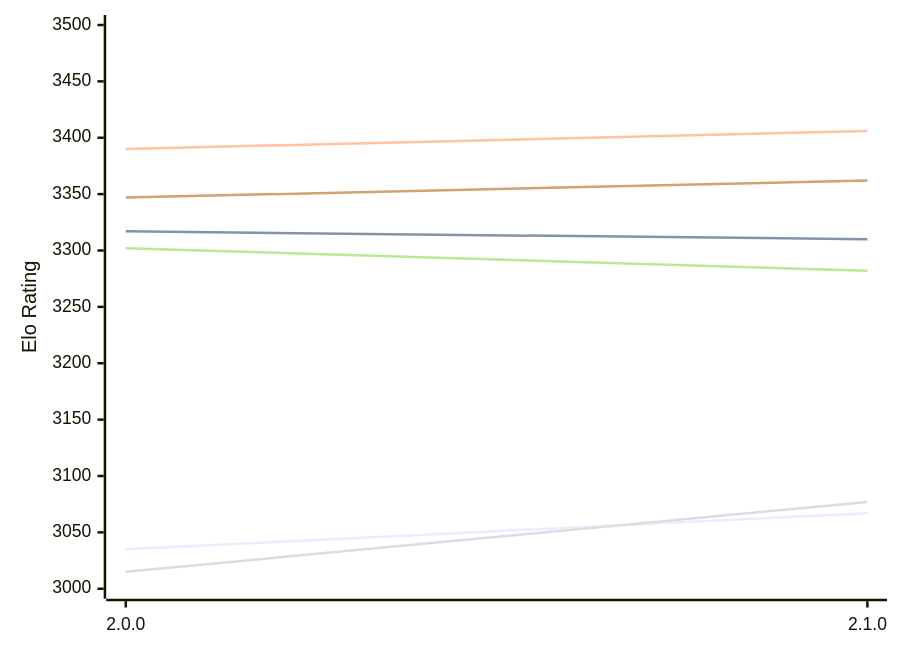
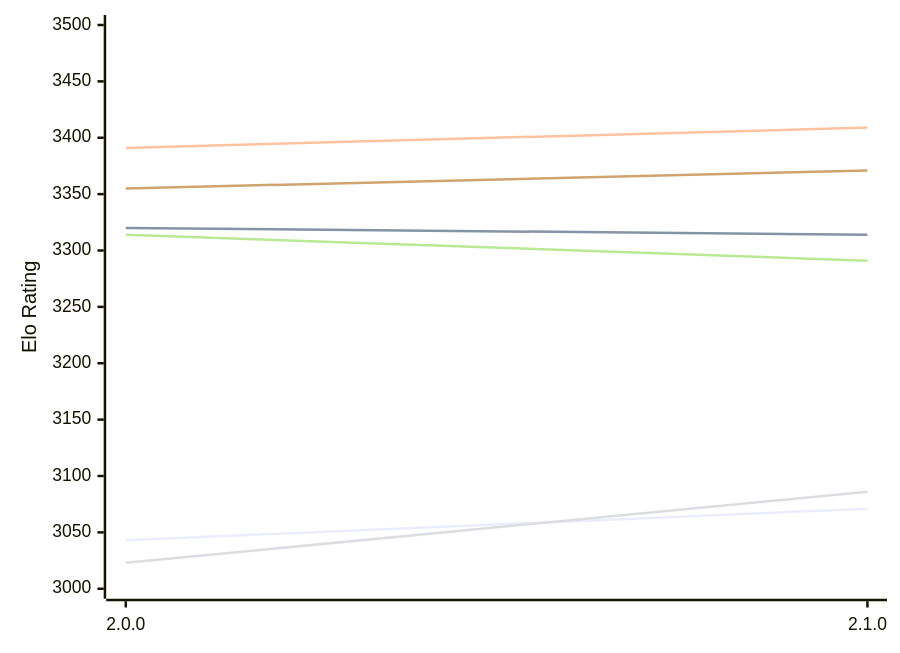
The diagram in engines/Sapling.md (computer-chess-index/cci), drawn with Mermaid before and after one commit. The commit also changed other lines of this file, not shown here.

Commit message:
Update CCI Ratings (ELO VLTC) - 2026-11-25

````diff
--- a/engines/Sapling.md
+++ b/engines/Sapling.md
@@ -49,12 +49,12 @@
 ```mermaid
 %%{init: {"theme":"base","themeVariables":{"seriesColors:['#a3a3a3','#222221','#faa371']}}}%%
 xychart-beta
   x-axis ["2.0.0", "2.1.0"]
   y-axis "Elo Rating" 3000 --> 3500
-  line "E1: STC (8.0+0.08s)" [3035, 3067]
-  line "E1: LTC (60.0+0.60s)" [3317, 3310]
-  line "E1: VLTC (2m24s+1.12s)" [3390, 3406]
-  line "P1: STC (8.0+0.08s)" [3015, 3077]
-  line "P1: LTC (60.0+0.60s)" [3302, 3282]
-  line "P1: VLTC (2m24s+1.12s)" [3347, 3362]
+  line "E1: STC (8.0+0.08s)" [3043, 3071]
+  line "E1: LTC (60.0+0.60s)" [3320, 3314]
+  line "E1: VLTC (2m24s+1.12s)" [3391, 3409]
+  line "P1: STC (8.0+0.08s)" [3023, 3086]
+  line "P1: LTC (60.0+0.60s)" [3314, 3291]
+  line "P1: VLTC (2m24s+1.12s)" [3355, 3371]
 ```
````
